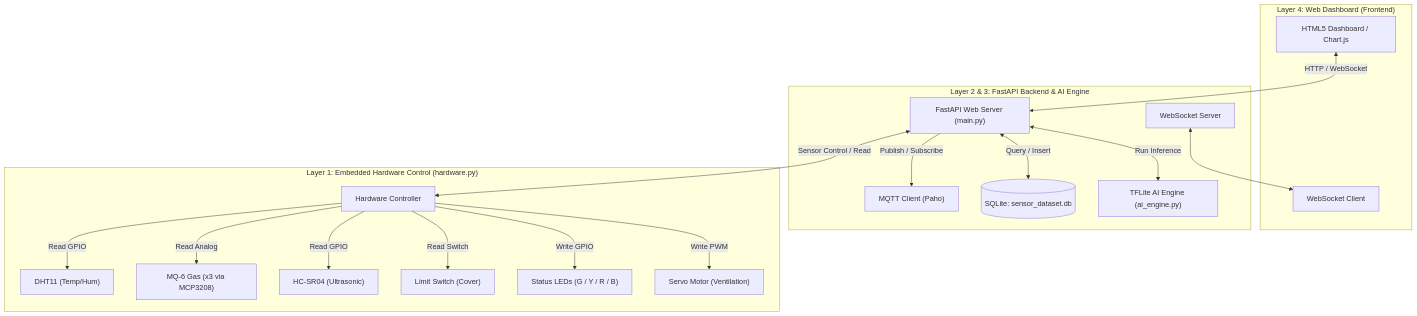
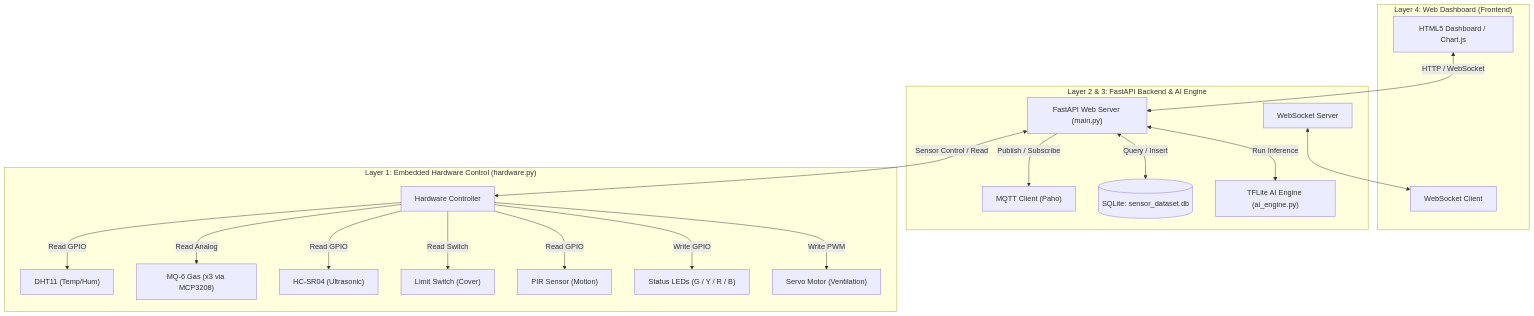
Before and after one commit to jusasa/ras_Server: the first of 2 diagrams in system_documentation.md, drawn with Mermaid. The commit also changed other lines of this file and 5 other files, not shown here.

````diff
--- a/system_documentation.md
+++ b/system_documentation.md
@@ -11,40 +11,42 @@
 ```mermaid
 graph TD
     subgraph Layer4 ["Layer 4: Web Dashboard (Frontend)"]
         Dash["HTML5 Dashboard / Chart.js"]
         WSClient["WebSocket Client"]
     end
 
     subgraph Layer23 ["Layer 2 & 3: FastAPI Backend & AI Engine"]
         API["FastAPI Web Server (main.py)"]
         WSServer["WebSocket Server"]
         MQTT["MQTT Client (Paho)"]
         DB[(SQLite: sensor_dataset.db)]
         AI["TFLite AI Engine (ai_engine.py)"]
     end
 
     subgraph Layer1 ["Layer 1: Embedded Hardware Control (hardware.py)"]
         HC["Hardware Controller"]
         DHT["DHT11 (Temp/Hum)"]
         MQ["MQ-6 Gas (x3 via MCP3208)"]
         US["HC-SR04 (Ultrasonic)"]
         LS["Limit Switch (Cover)"]
+        PIR["PIR Sensor (Motion)"]
         LEDs["Status LEDs (G / Y / R / B)"]
         Servo["Servo Motor (Ventilation)"]
     end
 
     %% Connections
     Dash <-->|HTTP / WebSocket| API
     WSServer <--> WSClient
     API <-->|Sensor Control / Read| HC
     HC -->|Read Analog| MQ
     HC -->|Read GPIO| DHT
     HC -->|Read GPIO| US
     HC -->|Read Switch| LS
+    HC -->|Read GPIO| PIR
     HC -->|Write GPIO| LEDs
     HC -->|Write PWM| Servo
     
     API <-->|Query / Insert| DB
     API <-->|Run Inference| AI
     API -->|Publish / Subscribe| MQTT
 ```
````
